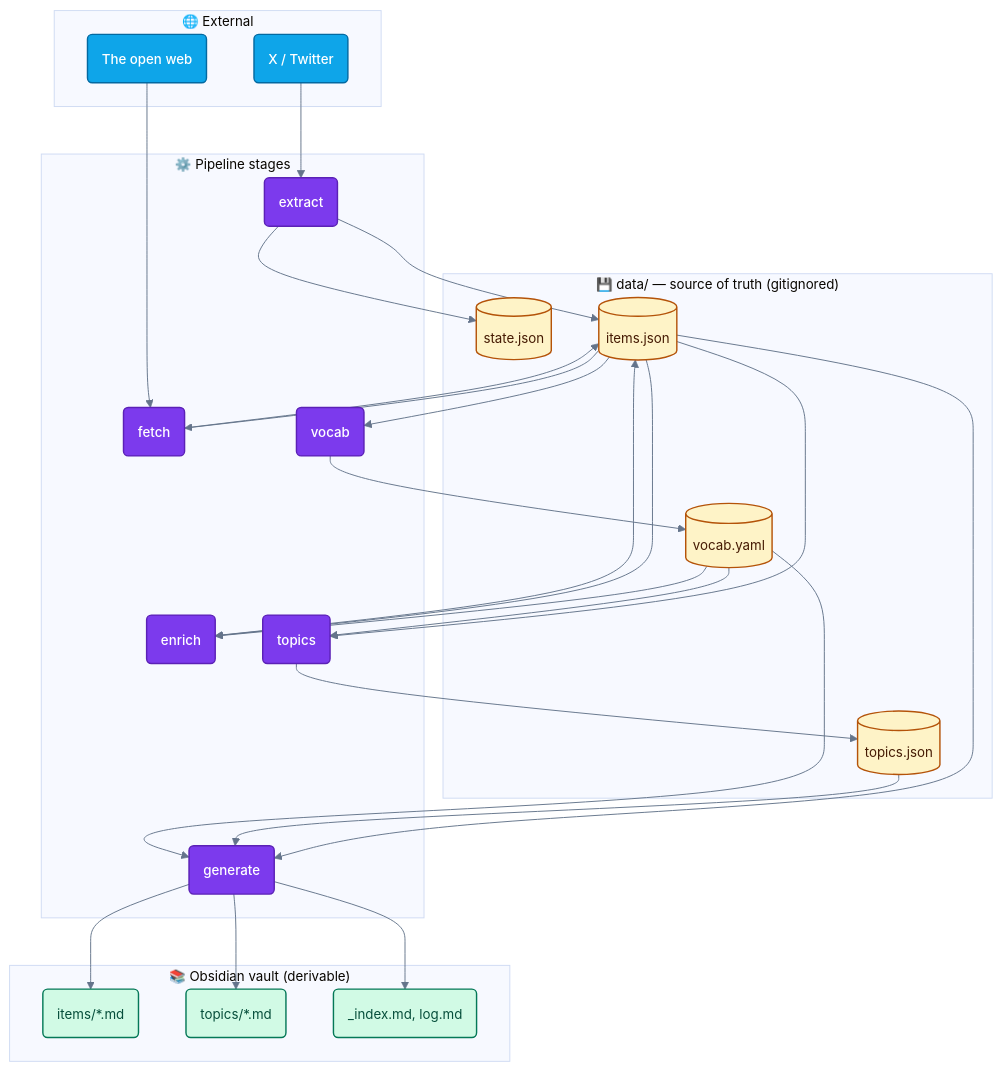
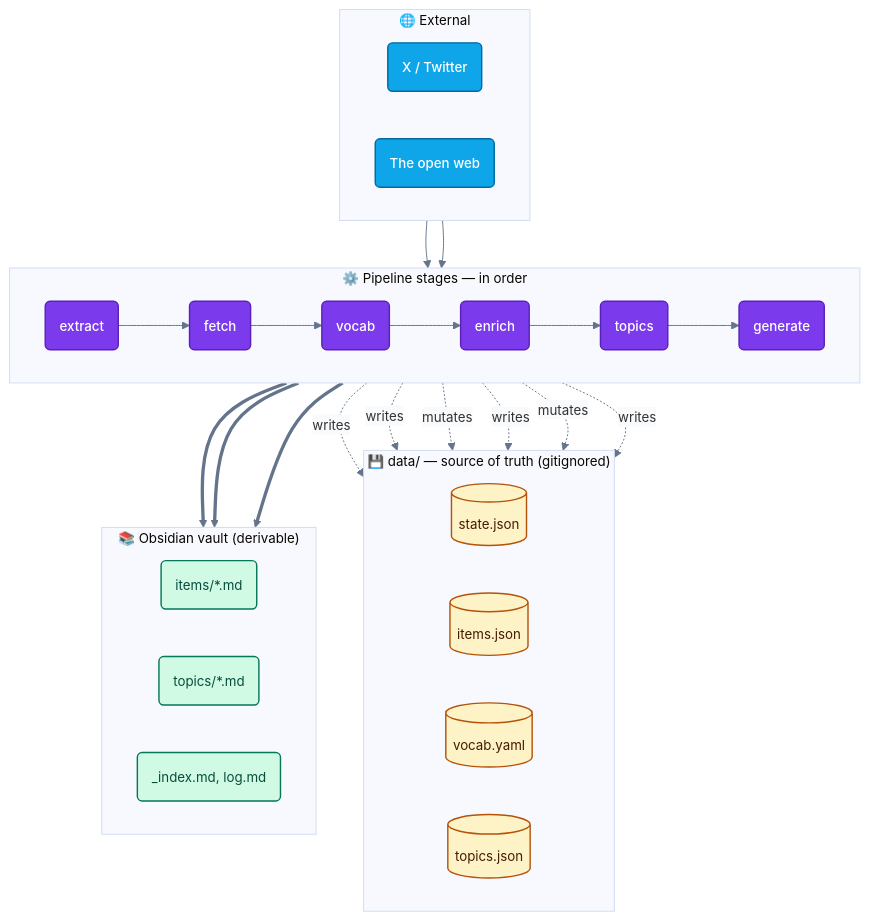
One commit to VGonPa/xbrain changed the diagram in ARCHITECTURE.md. Above: the diagram before and after it, drawn with Mermaid. The commit also changed other lines of this file, not shown here.

````diff
--- a/ARCHITECTURE.md
+++ b/ARCHITECTURE.md
@@ -38,69 +38,61 @@
 ```mermaid
 %%{init: {
   'theme': 'base',
   'themeVariables': {
     'fontFamily': 'ui-sans-serif, system-ui, -apple-system, sans-serif',
     'fontSize': '14px',
     'lineColor': '#64748b',
     'background': 'transparent',
     'edgeLabelBackground': '#f8fafc'
   }
 }}%%
 flowchart TB
     subgraph Sources["🌐 External"]
+        direction LR
         X(X / Twitter)
         Web(The open web)
     end
 
-    subgraph Pipeline["⚙️ Pipeline stages"]
-        E(extract)
-        F(fetch)
-        V(vocab)
-        En(enrich)
-        T(topics)
-        G(generate)
+    subgraph Pipeline["⚙️ Pipeline stages — in order"]
+        direction LR
+        E(extract) --> F(fetch) --> V(vocab) --> En(enrich) --> T(topics) --> G(generate)
     end
 
     subgraph Data["💾 data/ — source of truth (gitignored)"]
+        direction LR
         State[(state.json)]
         Items[(items.json)]
         Vocab[(vocab.yaml)]
         Topics[(topics.json)]
     end
 
     subgraph Wiki["📚 Obsidian vault (derivable)"]
+        direction LR
         ItemNotes("items/*.md")
         TopicNotes("topics/*.md")
         Index("_index.md, log.md")
     end
 
     X --> E
     Web --> F
-    E --> Items
-    E --> State
-    Items --> F
-    F --> Items
-    Items --> V
-    V --> Vocab
-    Vocab --> En
-    Items --> En
-    En --> Items
-    Items --> T
-    Vocab --> T
-    T --> Topics
-    Items --> G
-    Topics --> G
-    Vocab --> G
-    G --> ItemNotes
-    G --> TopicNotes
-    G --> Index
+
+    E -.writes.-> State
+    E -.writes.-> Items
+    F -.mutates.-> Items
+    V -.writes.-> Vocab
+    En -.mutates.-> Items
+    T -.writes.-> Topics
+
+    G ==> ItemNotes
+    G ==> TopicNotes
+    G ==> Index
 
     classDef ext fill:#0ea5e9,stroke:#0369a1,stroke-width:1.5px,color:#fff,font-weight:500
     classDef stage fill:#7c3aed,stroke:#5b21b6,stroke-width:1.5px,color:#fff,font-weight:500
     classDef artifact fill:#fef3c7,stroke:#b45309,stroke-width:1.5px,color:#451a03
     classDef wiki fill:#d1fae5,stroke:#047857,stroke-width:1.5px,color:#064e3b
     class X,Web ext
     class E,F,V,En,T,G stage
     class State,Items,Vocab,Topics artifact
     class ItemNotes,TopicNotes,Index wiki
 ```
````
